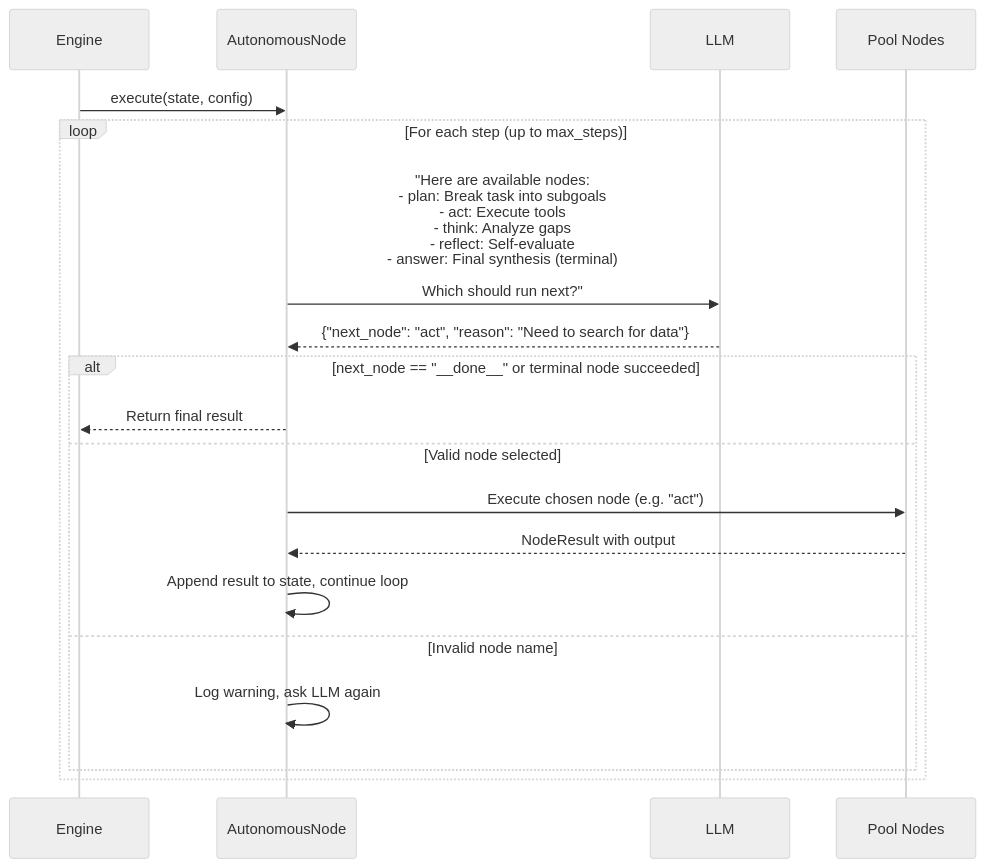
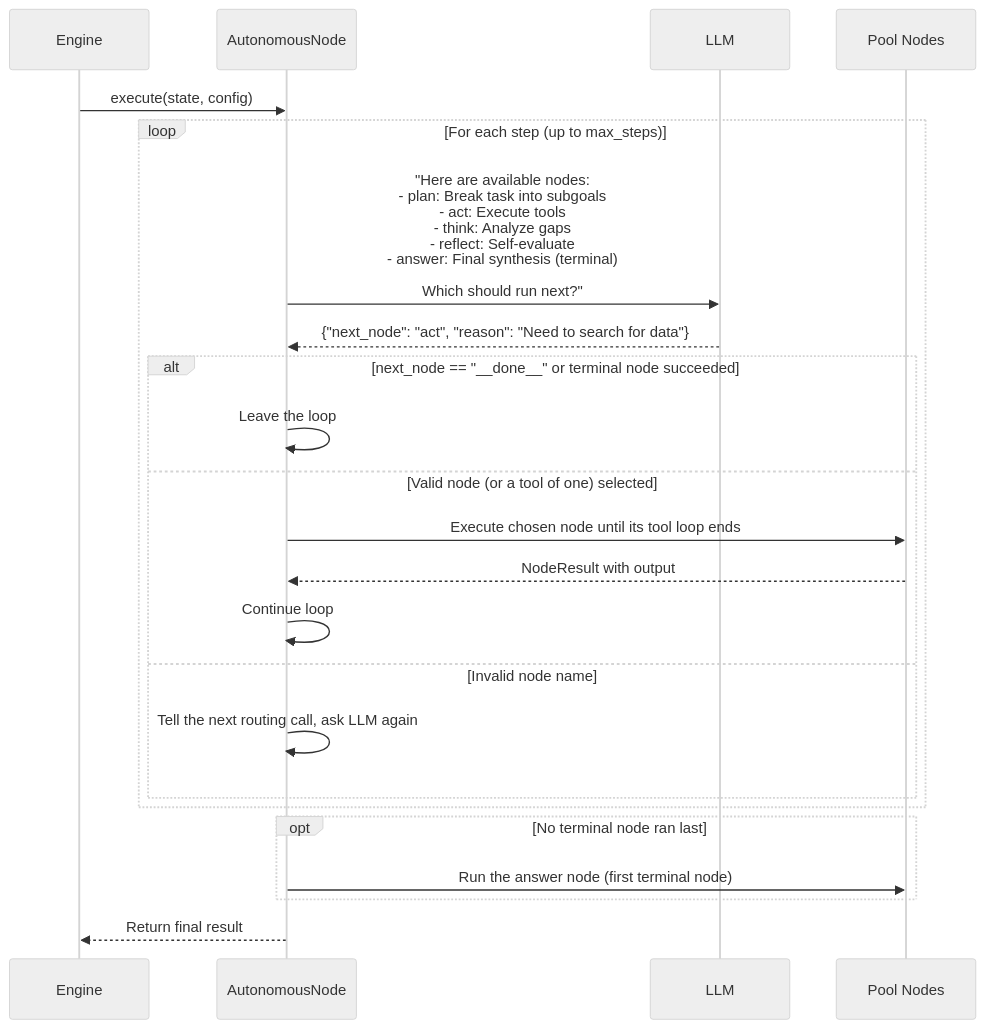
The fourth of 11 diagrams in docs/core/engine-internals.md (CloudEngineHub/DeepMCPAgent), drawn with Mermaid (neutral theme) before and after one commit. The commit also changed other lines of this file and 12 other files, not shown here.

````diff
--- a/docs/core/engine-internals.md
+++ b/docs/core/engine-internals.md
@@ -125,24 +125,29 @@
 ```mermaid
 sequenceDiagram
     participant E as Engine
     participant A as AutonomousNode
     participant LLM as LLM
     participant P as Pool Nodes
 
     E->>A: execute(state, config)
 
     loop For each step (up to max_steps)
         A->>LLM: "Here are available nodes:<br/>- plan: Break task into subgoals<br/>- act: Execute tools<br/>- think: Analyze gaps<br/>- reflect: Self-evaluate<br/>- answer: Final synthesis (terminal)<br/><br/>Which should run next?"
         LLM-->>A: {"next_node": "act", "reason": "Need to search for data"}
 
         alt next_node == "__done__" or terminal node succeeded
-            A-->>E: Return final result
-        else Valid node selected
-            A->>P: Execute chosen node (e.g. "act")
+            A->>A: Leave the loop
+        else Valid node (or a tool of one) selected
+            A->>P: Execute chosen node until its tool loop ends
             P-->>A: NodeResult with output
-            A->>A: Append result to state, continue loop
+            A->>A: Continue loop
         else Invalid node name
-            A->>A: Log warning, ask LLM again
+            A->>A: Tell the next routing call, ask LLM again
         end
     end
+
+    opt No terminal node ran last
+        A->>P: Run the answer node (first terminal node)
+    end
+    A-->>E: Return final result
 ```
````
